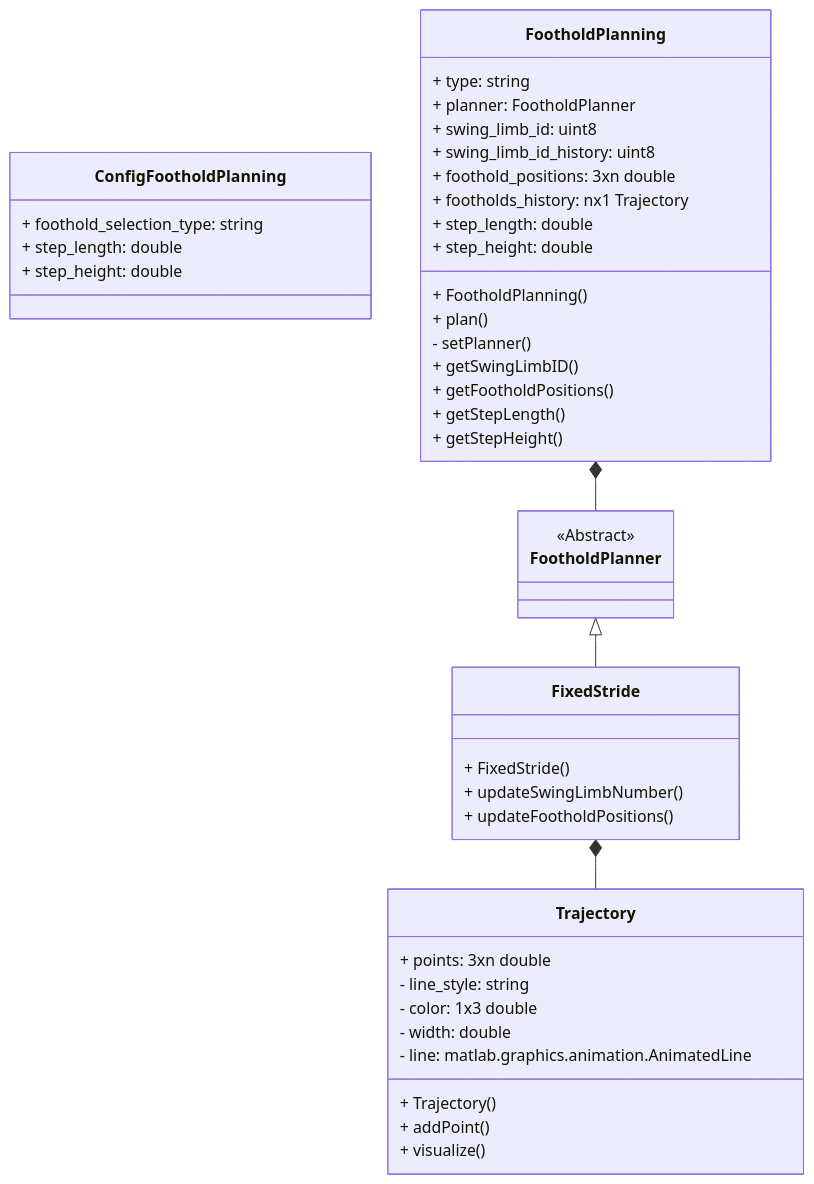
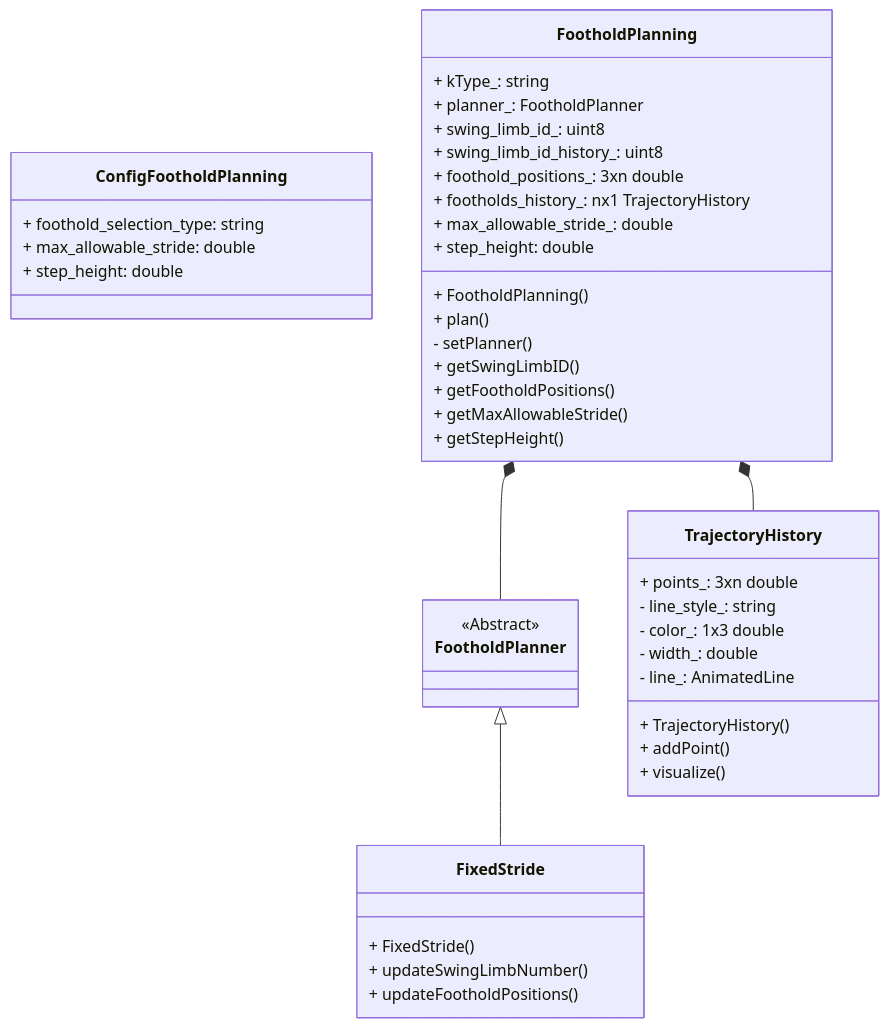
Before and after one commit to Space-Robotics-Laboratory/ClimbLab: the diagram in src/planning_and_control/high_level_controller/foothold_planning/foothold_planning_class_design.md, drawn with Mermaid. The commit also changed 4 other files, not shown here.

Commit message:
Update foothold planning class

````diff
--- a/src/planning_and_control/high_level_controller/foothold_planning/foothold_planning_class_design.md
+++ b/src/planning_and_control/high_level_controller/foothold_planning/foothold_planning_class_design.md
@@ -3,54 +3,54 @@
 ```mermaid
 classDiagram
 
   class ConfigFootholdPlanning {
     + foothold_selection_type: string
-    + step_length: double
+    + max_allowable_stride: double
     + step_height: double
   }
 
   class FootholdPlanning {
-    + type: string
-    + planner: FootholdPlanner
-    + swing_limb_id: uint8
-    + swing_limb_id_history: uint8
-    + foothold_positions: 3xn double
-    + footholds_history: nx1 Trajectory
-    + step_length: double
+    + kType_: string
+    + planner_: FootholdPlanner
+    + swing_limb_id_: uint8
+    + swing_limb_id_history_: uint8
+    + foothold_positions_: 3xn double
+    + footholds_history_: nx1 TrajectoryHistory
+    + max_allowable_stride_: double
     + step_height: double
 
     + FootholdPlanning()
     + plan()
     - setPlanner()
     + getSwingLimbID()
     + getFootholdPositions()
-    + getStepLength()
+    + getMaxAllowableStride()
     + getStepHeight()
   }
   FootholdPlanning *-- FootholdPlanner
+  FootholdPlanning *-- TrajectoryHistory
 
   class FootholdPlanner {
     <<Abstract>>
   }
   FootholdPlanner <|-- FixedStride
 
   class FixedStride {
   + FixedStride()
   + updateSwingLimbNumber()
   + updateFootholdPositions()
   }
-  FixedStride *-- Trajectory
 
-  class Trajectory {
-    + points: 3xn double
-    - line_style: string
-    - color: 1x3 double
-    - width: double
-    - line: matlab.graphics.animation.AnimatedLine
+  class TrajectoryHistory {
+    + points_: 3xn double
+    - line_style_: string
+    - color_: 1x3 double
+    - width_: double
+    - line_: AnimatedLine
 
-    + Trajectory()
+    + TrajectoryHistory()
     + addPoint()
     + visualize()
   }
 
 ```
````
